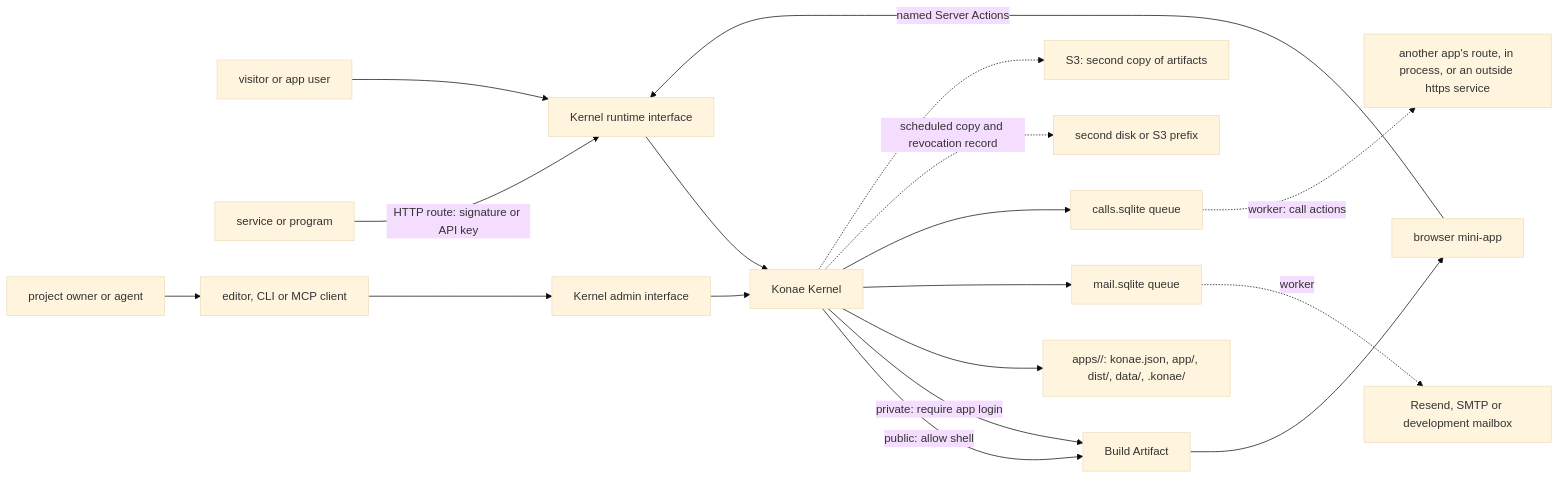
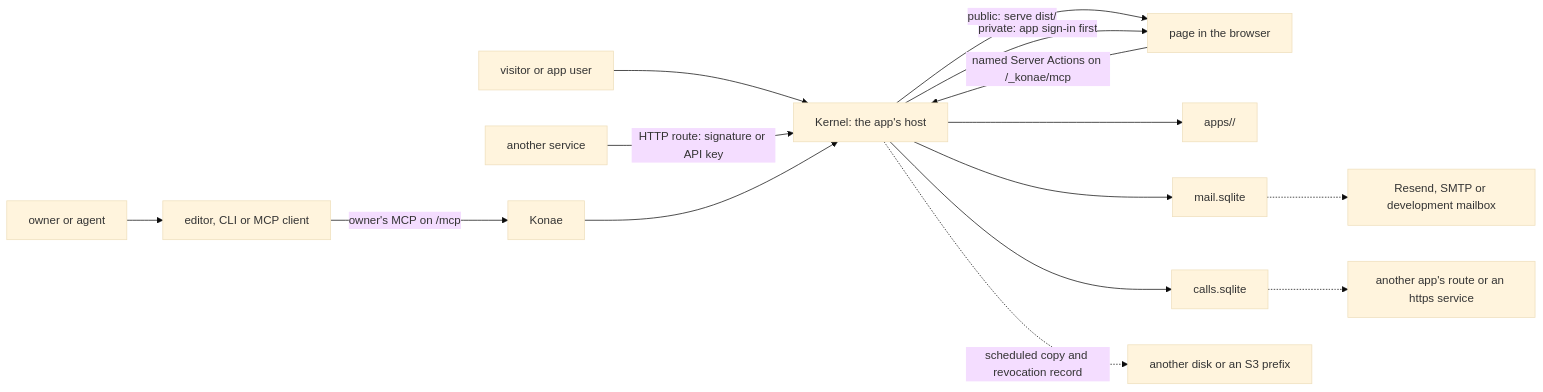
One commit to danibram/konae changed the second of 2 diagrams in docs/architecture.md. Above: the diagram before and after it, drawn with Mermaid (base theme). The commit also changed other lines of this file and 10 other files, not shown here.

````diff
--- a/docs/architecture.md
+++ b/docs/architecture.md
@@ -48,20 +166,13 @@
 ```mermaid
 flowchart LR
-  V["visitor or app user"] --> RI["Kernel runtime interface"]
-  SV["service or program"] -->|"HTTP route: signature or API key"| RI
-  RI --> K["Konae Kernel"]
-  K -->|"public: allow shell"| C["Build Artifact"]
-  K -->|"private: require app login"| C
-  C --> B["browser mini-app"]
-  B -->|"named Server Actions"| RI
-  K --> DB["apps/<id>/: konae.json, app/, dist/, data/, .konae/"]
-  K --> MQ["mail.sqlite queue"]
-  MQ -.->|"worker"| MP["Resend, SMTP or development mailbox"]
-  K --> CQ["calls.sqlite queue"]
-  CQ -.->|"worker: call actions"| OS["another app's route, in process, or an outside https service"]
-  K -.->|"scheduled copy and revocation record"| CP["second disk or S3 prefix"]
-  K -.-> S3["S3: second copy of artifacts"]
-  O["project owner or agent"] --> E["editor, CLI or MCP client"]
-  E --> AI["Kernel admin interface"]
-  AI --> K
+  V["visitor or app user"] --> K["Kernel: the app's host"]
+  SV["another service"] -->|"HTTP route: signature or API key"| K
+  K -->|"public: serve dist/"| B["page in the browser"]
+  K -->|"private: app sign-in first"| B
+  B -->|"named Server Actions on /_konae/mcp"| K
+  K --> AF["apps/<id>/"]
+  K --> MQ["mail.sqlite"] -.-> MP["Resend, SMTP or development mailbox"]
+  K --> CQ["calls.sqlite"] -.-> OS["another app's route or an https service"]
+  K -.->|"scheduled copy and revocation record"| CP["another disk or an S3 prefix"]
+  O["owner or agent"] --> E["editor, CLI or MCP client"] -->|"owner's MCP on /mcp"| KO["Konae"] --> K
 ```
````
